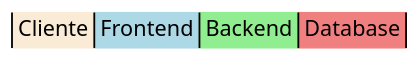
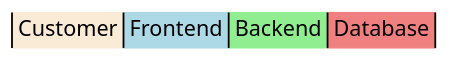
Before and after one commit to Seniorsimo/sas-template: the eighth of 25 diagrams in 03-behavioral-diagrams/activity-diagrams/README.md, drawn with PlantUML. The commit also changed other lines of this file and 49 other files, not shown here.

````diff
--- a/03-behavioral-diagrams/activity-diagrams/README.md
+++ b/03-behavioral-diagrams/activity-diagrams/README.md
@@ -80,6 +80,6 @@
 ```plantuml
-|#AntiqueWhite|Cliente|
+|#AntiqueWhite|Customer|
 |#LightBlue|Frontend|
 |#LightGreen|Backend|
 |#LightCoral|Database|
 ```
````
